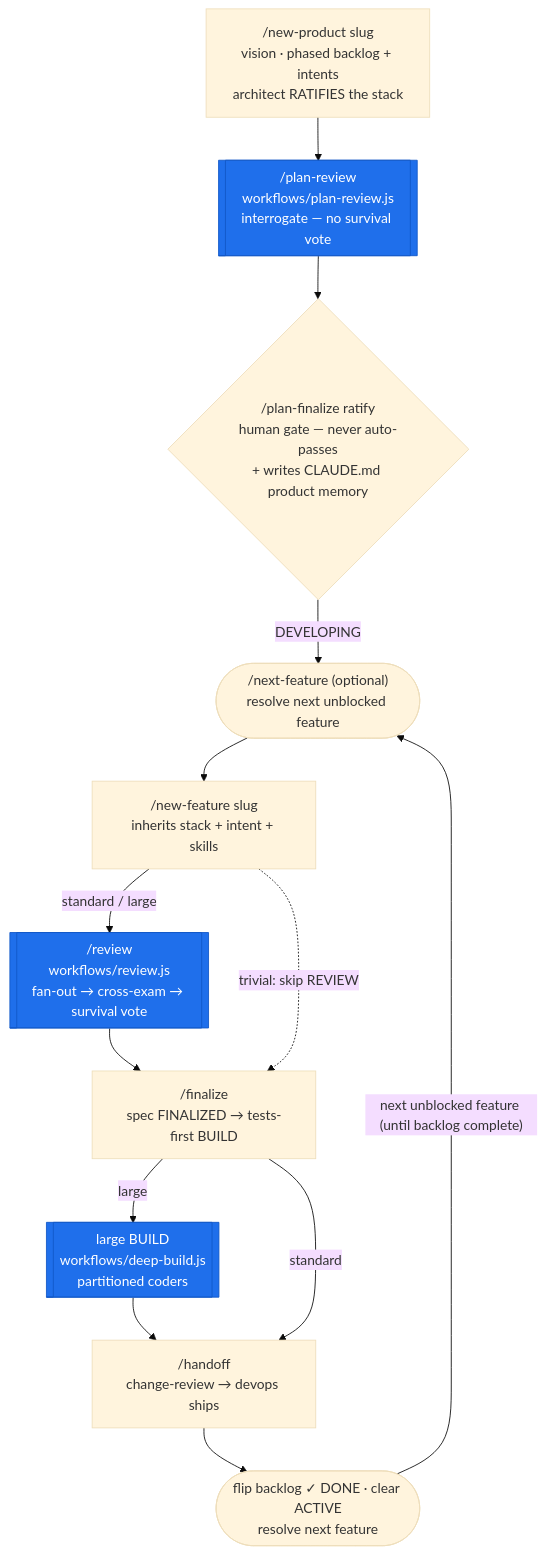
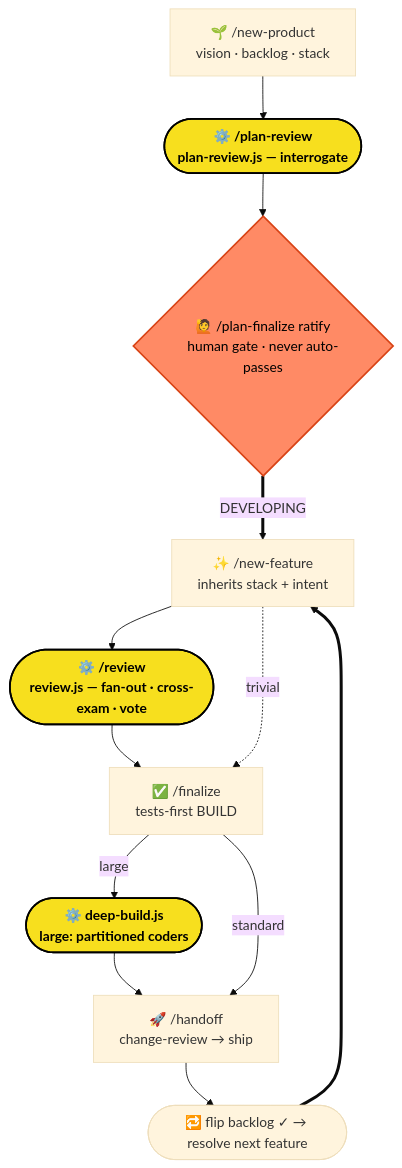
Before and after one commit to rocar/build-fleet: the second of 3 diagrams in README.md, drawn with Mermaid (base theme). The commit also changed other lines of this file, not shown here.

First line of the commit message:
docs: make README diagrams vibier — .js workflows as the hero

````diff
--- a/README.md
+++ b/README.md
@@ -68,24 +75,25 @@
 ```mermaid
 flowchart TD
-    NP["/new-product slug<br/>vision · phased backlog + intents<br/>architect RATIFIES the stack"]
-    PR[["/plan-review<br/>workflows/plan-review.js<br/>interrogate — no survival vote"]]
-    PF{"/plan-finalize ratify<br/>human gate — never auto-passes<br/>+ writes CLAUDE.md product memory"}
-    NX(["/next-feature (optional)<br/>resolve next unblocked feature"])
-    NF["/new-feature slug<br/>inherits stack + intent + skills"]
-    RV[["/review<br/>workflows/review.js<br/>fan-out → cross-exam → survival vote"]]
-    FZ["/finalize<br/>spec FINALIZED → tests-first BUILD"]
-    DB[["large BUILD<br/>workflows/deep-build.js<br/>partitioned coders"]]
-    HO["/handoff<br/>change-review → devops ships"]
-    ADV(["flip backlog ✓ DONE · clear ACTIVE<br/>resolve next feature"])
+    NP["🌱 /new-product<br/>vision · backlog · stack"]
+    PR(["⚙️ /plan-review<br/>plan-review.js — interrogate"])
+    PF{"🙋 /plan-finalize ratify<br/>human gate · never auto-passes"}
+    NF["✨ /new-feature<br/>inherits stack + intent"]
+    RV(["⚙️ /review<br/>review.js — fan-out · cross-exam · vote"])
+    FZ["✅ /finalize<br/>tests-first BUILD"]
+    DB(["⚙️ deep-build.js<br/>large: partitioned coders"])
+    HO["🚀 /handoff<br/>change-review → ship"]
+    LOOP(["🔁 flip backlog ✓ → resolve next feature"])
 
     NP --> PR --> PF
-    PF -->|DEVELOPING| NX --> NF
-    NF -->|"standard / large"| RV --> FZ
-    NF -.->|"trivial: skip REVIEW"| FZ
+    PF ==>|DEVELOPING| NF
+    NF --> RV --> FZ
+    NF -.->|trivial| FZ
     FZ -->|large| DB --> HO
     FZ -->|standard| HO
-    HO --> ADV -->|"next unblocked feature (until backlog complete)"| NX
+    HO --> LOOP ==> NF
 
-    classDef wf fill:#1f6feb,color:#fff,stroke:#1158c7;
-    class PR,RV,DB wf;
+    classDef js fill:#f7df1e,color:#000,stroke:#000,stroke-width:2px,font-weight:bold;
+    classDef gate fill:#ff8a65,color:#000,stroke:#d84315,stroke-width:2px;
+    class PR,RV,DB js;
+    class PF gate;
 ```
````
